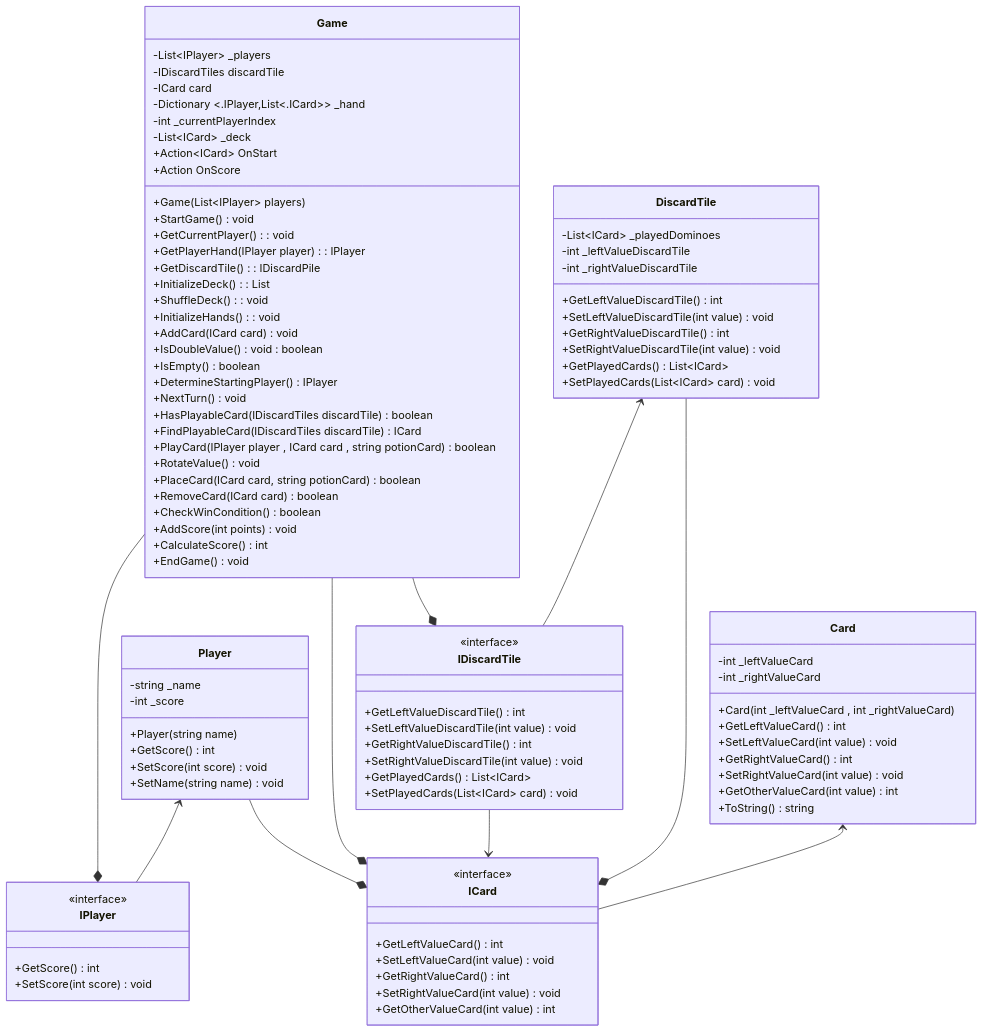
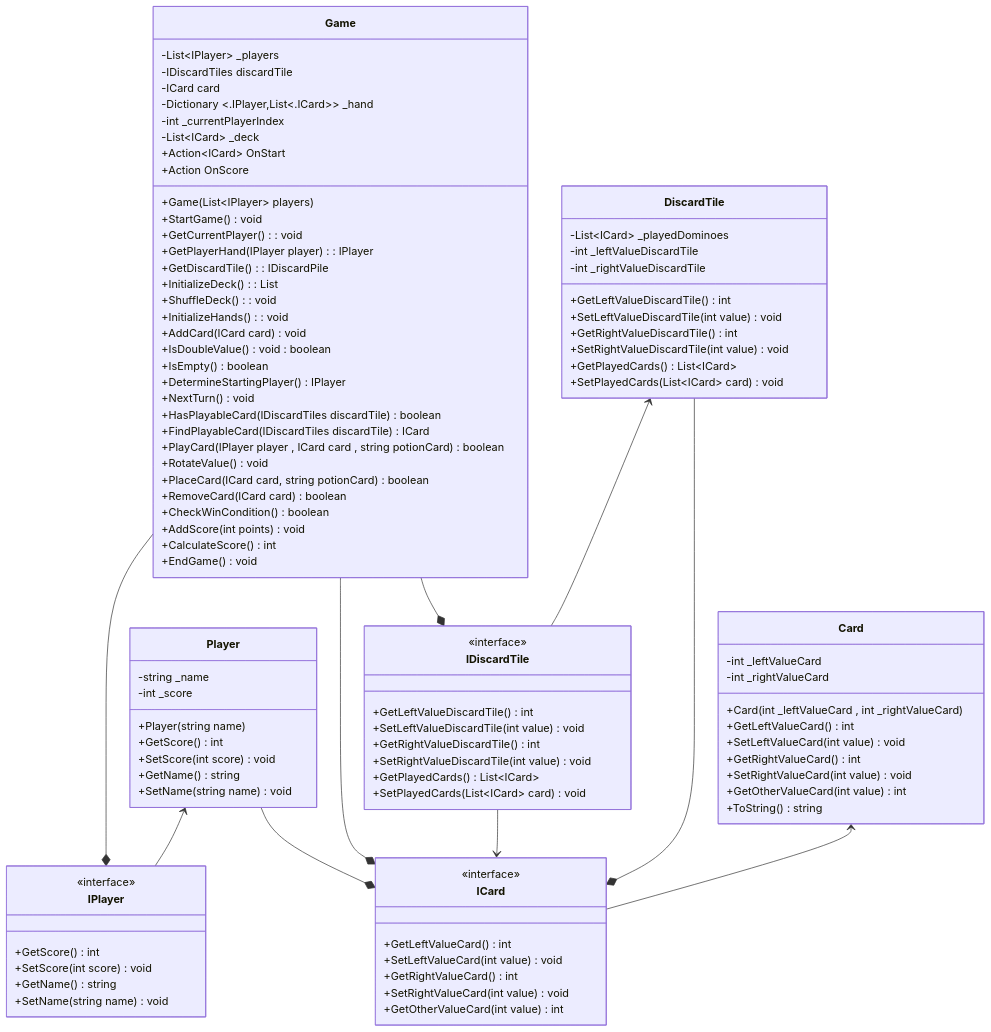
The diagram in DominoWPF/diagram/diagram.mmd (allanbil214/DominoWPF), drawn with Mermaid before and after one commit. The commit also changed 7 other files, not shown here.

```diff
--- a/DominoWPF/diagram/diagram.mmd
+++ b/DominoWPF/diagram/diagram.mmd
@@ -1,117 +1,120 @@
 classDiagram
 class Game {
     -List~IPlayer~ _players
     -IDiscardTiles discardTile 
     -ICard card
     -Dictionary <.IPlayer,List<.ICard>> _hand
     -int _currentPlayerIndex
     -List~ICard~ _deck
     +Action~ICard~ OnStart
     +Action OnScore
     +Game(List~IPlayer~ players)
     +StartGame() void
 
     %% new func
     +GetCurrentPlayer() : void
     +GetPlayerHand(IPlayer player) : IPlayer
     +GetDiscardTile() : IDiscardPile
     +InitializeDeck() : List<ICard>
     +ShuffleDeck() : void
     +InitializeHands() : void
     %% end new fun
 
     +AddCard(ICard card) void
     +IsDoubleValue() void : boolean
     +IsEmpty() boolean
     +DetermineStartingPlayer() IPlayer
     +NextTurn() void
     +HasPlayableCard(IDiscardTiles discardTile) boolean
     +FindPlayableCard(IDiscardTiles discardTile) ICard
     +PlayCard(IPlayer player , ICard card , string potionCard) boolean
     +RotateValue()  void 
     +PlaceCard(ICard card, string potionCard) boolean  
     +RemoveCard(ICard card) boolean
     +CheckWinCondition() boolean
     +AddScore(int points) void
     +CalculateScore() int
     +EndGame() void
 }
 
 class Player {
     -string _name
     -int _score
     +Player(string name)
     +GetScore() int
     +SetScore(int score) void
+    +GetName() string
     +SetName(string name) void
 }
 
 class Card {
     -int _leftValueCard
     -int _rightValueCard
     +Card(int _leftValueCard , int _rightValueCard)
     +GetLeftValueCard() int
     +SetLeftValueCard(int value) void
     +GetRightValueCard() int
     +SetRightValueCard(int value) void
     +GetOtherValueCard(int value) int
     +ToString() string
 }
 
 %% class Hand {
 %%     -List~ICard~ _card
 %%     +GetCards(): List~ICard~
     
 %% }
 
 class DiscardTile {
     -List~ICard~ _playedDominoes 
     -int _leftValueDiscardTile
     -int _rightValueDiscardTile
     +GetLeftValueDiscardTile() int
     +SetLeftValueDiscardTile(int value) void
     +GetRightValueDiscardTile() int
     +SetRightValueDiscardTile(int value) void
     +GetPlayedCards() List~ICard~
     +SetPlayedCards(List~ICard~ card) void
 }
 
 class IDiscardTile {
     <<interface>>
     +GetLeftValueDiscardTile() int
     +SetLeftValueDiscardTile(int value) void
     +GetRightValueDiscardTile() int
     +SetRightValueDiscardTile(int value) void
     +GetPlayedCards() List~ICard~
     +SetPlayedCards(List~ICard~ card) void
 
 }
 class IPlayer {
     <<interface>>
     +GetScore() int
     +SetScore(int score) void
+    +GetName() string
+    +SetName(string name) void
 }
 class ICard {
     <<interface>>
     +GetLeftValueCard() int
     +SetLeftValueCard(int value) void
     +GetRightValueCard() int
     +SetRightValueCard(int value) void
     +GetOtherValueCard(int value) int
 }
 %%implementasi
 DiscardTile <-- IDiscardTile
 Player <-- IPlayer
 Card <-- ICard
 %%assosiation
 DiscardTile --* ICard
 IDiscardTile --> ICard
 Game --* IPlayer
 Game --* IDiscardTile
 Game --* ICard
 Player --*ICard
 %% Game "1" -- "*" IPlayer : contains
 %% Game "1" -- "1" Board : uses
 %% Player "1" -- "1" Hand : has
 %% Hand "1" -- "*" Card : contains
 %% Board "1" -- "*" Card : displays
```
